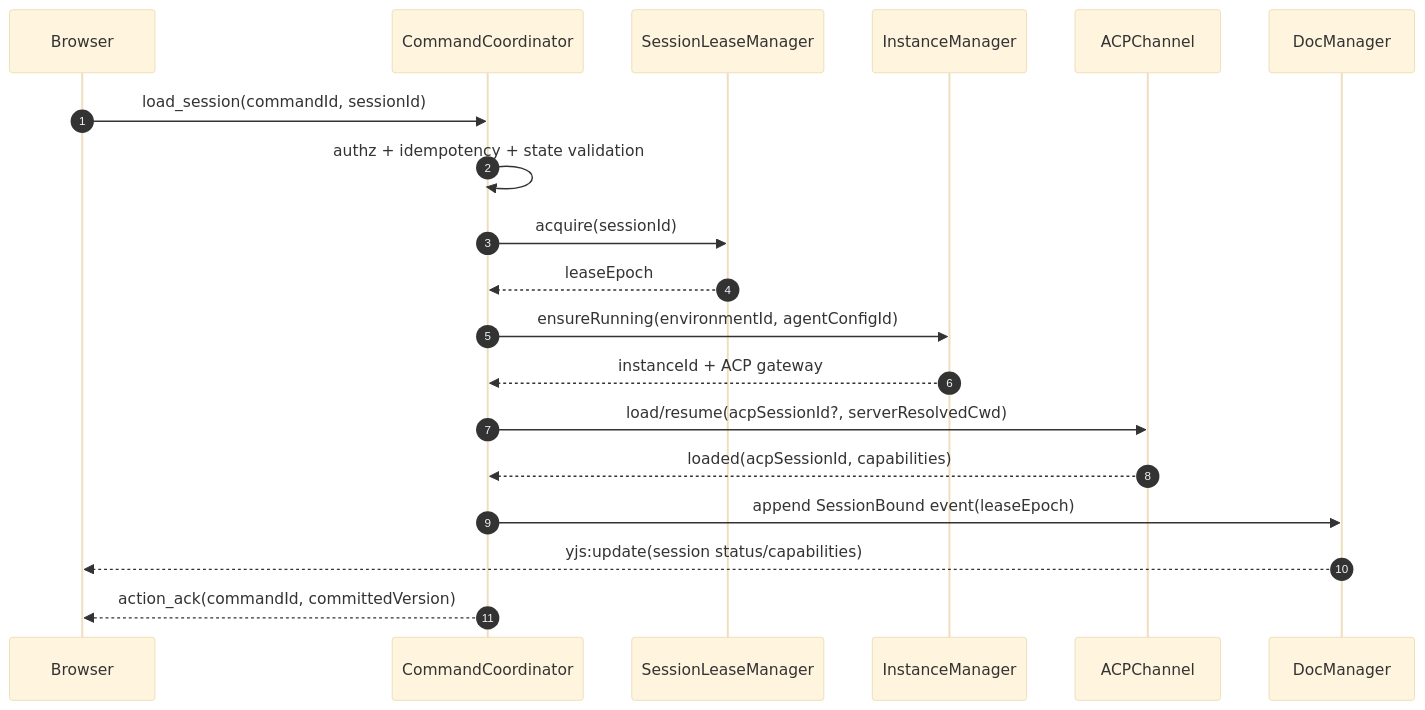
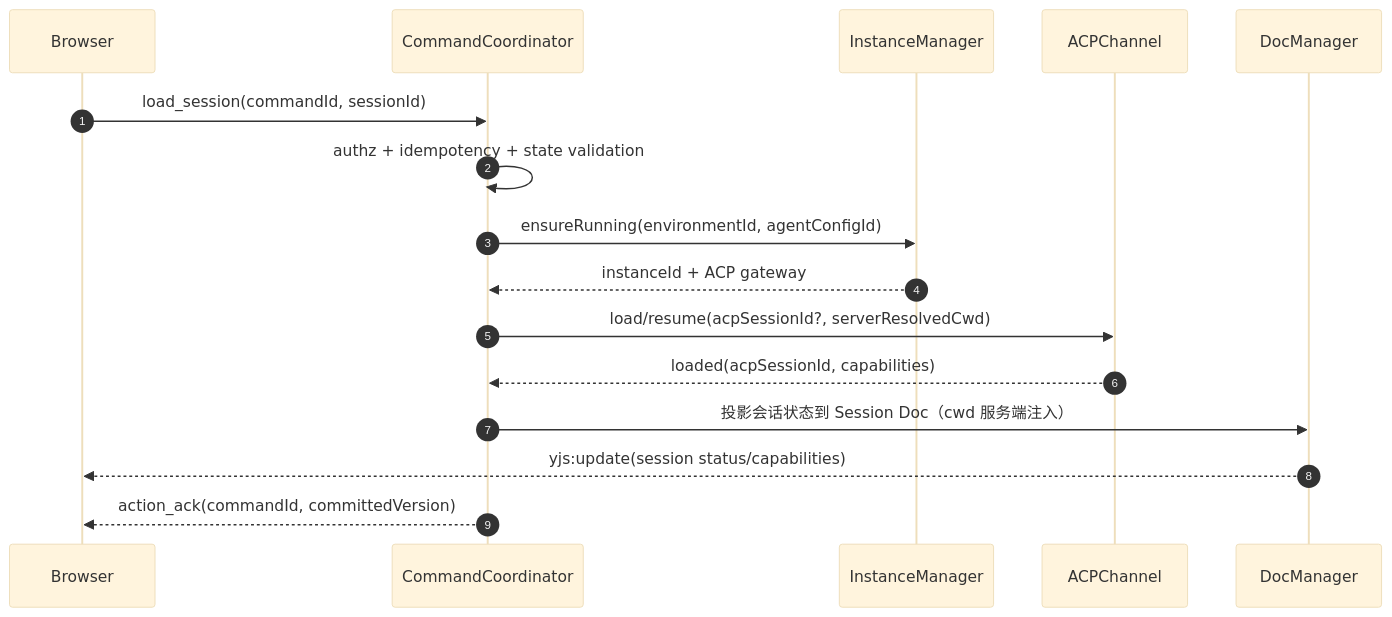
Before and after one commit to HuangPuStar/FenixAgent: the fourth of 10 diagrams in docs/arch/19-yjs-chat-streaming.md, drawn with Mermaid (base theme). The commit also changed other lines of this file and 17 other files, not shown here.

````diff
--- a/docs/arch/19-yjs-chat-streaming.md
+++ b/docs/arch/19-yjs-chat-streaming.md
@@ -242,22 +251,19 @@
 ```mermaid
 sequenceDiagram
     autonumber
     participant B as Browser
     participant CC as CommandCoordinator
-    participant LM as SessionLeaseManager
     participant IM as InstanceManager
     participant ACP as ACPChannel
     participant DM as DocManager
 
     B->>CC: load_session(commandId, sessionId)
     CC->>CC: authz + idempotency + state validation
-    CC->>LM: acquire(sessionId)
-    LM-->>CC: leaseEpoch
     CC->>IM: ensureRunning(environmentId, agentConfigId)
     IM-->>CC: instanceId + ACP gateway
     CC->>ACP: load/resume(acpSessionId?, serverResolvedCwd)
     ACP-->>CC: loaded(acpSessionId, capabilities)
-    CC->>DM: append SessionBound event(leaseEpoch)
+    CC->>DM: 投影会话状态到 Session Doc（cwd 服务端注入）
     DM-->>B: yjs:update(session status/capabilities)
     CC-->>B: action_ack(commandId, committedVersion)
 ```
````
